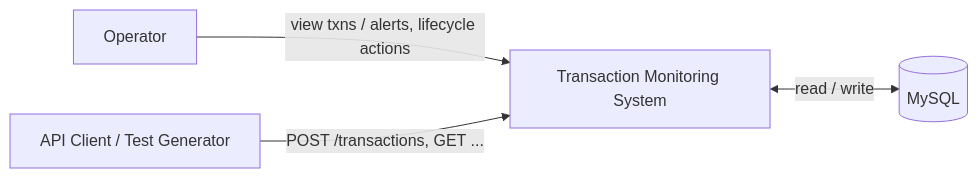
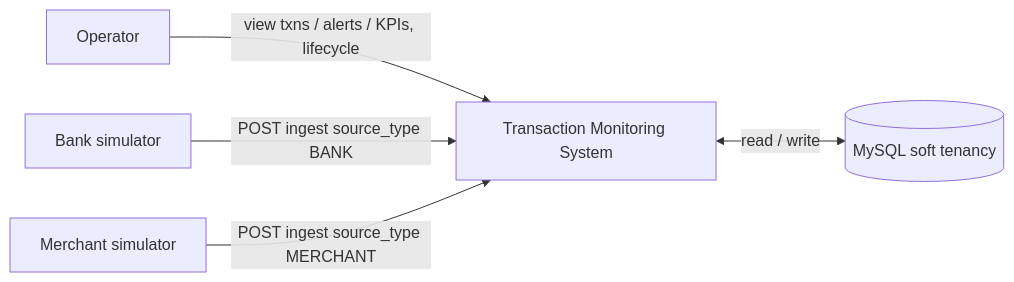
One commit to IamUsike/democd changed the first of 5 diagrams in docs/DFD-MVP.md. Above: the diagram before and after it, drawn with Mermaid. The commit also changed other lines of this file and 10 other files, not shown here.

````diff
--- a/docs/DFD-MVP.md
+++ b/docs/DFD-MVP.md
@@ -20,11 +19,13 @@
 ```mermaid
 flowchart LR
   Operator[Operator]
-  Client[API Client / Test Generator]
+  BankSim[Bank simulator]
+  MerchSim[Merchant simulator]
   System[Transaction Monitoring System]
-  DB[(MySQL)]
+  DB[(MySQL soft tenancy)]
 
-  Operator -->|"view txns / alerts, lifecycle actions"| System
-  Client -->|"POST /transactions, GET ..."| System
+  Operator -->|"view txns / alerts / KPIs, lifecycle"| System
+  BankSim -->|"POST ingest source_type BANK"| System
+  MerchSim -->|"POST ingest source_type MERCHANT"| System
   System <-->|"read / write"| DB
 ```
````
